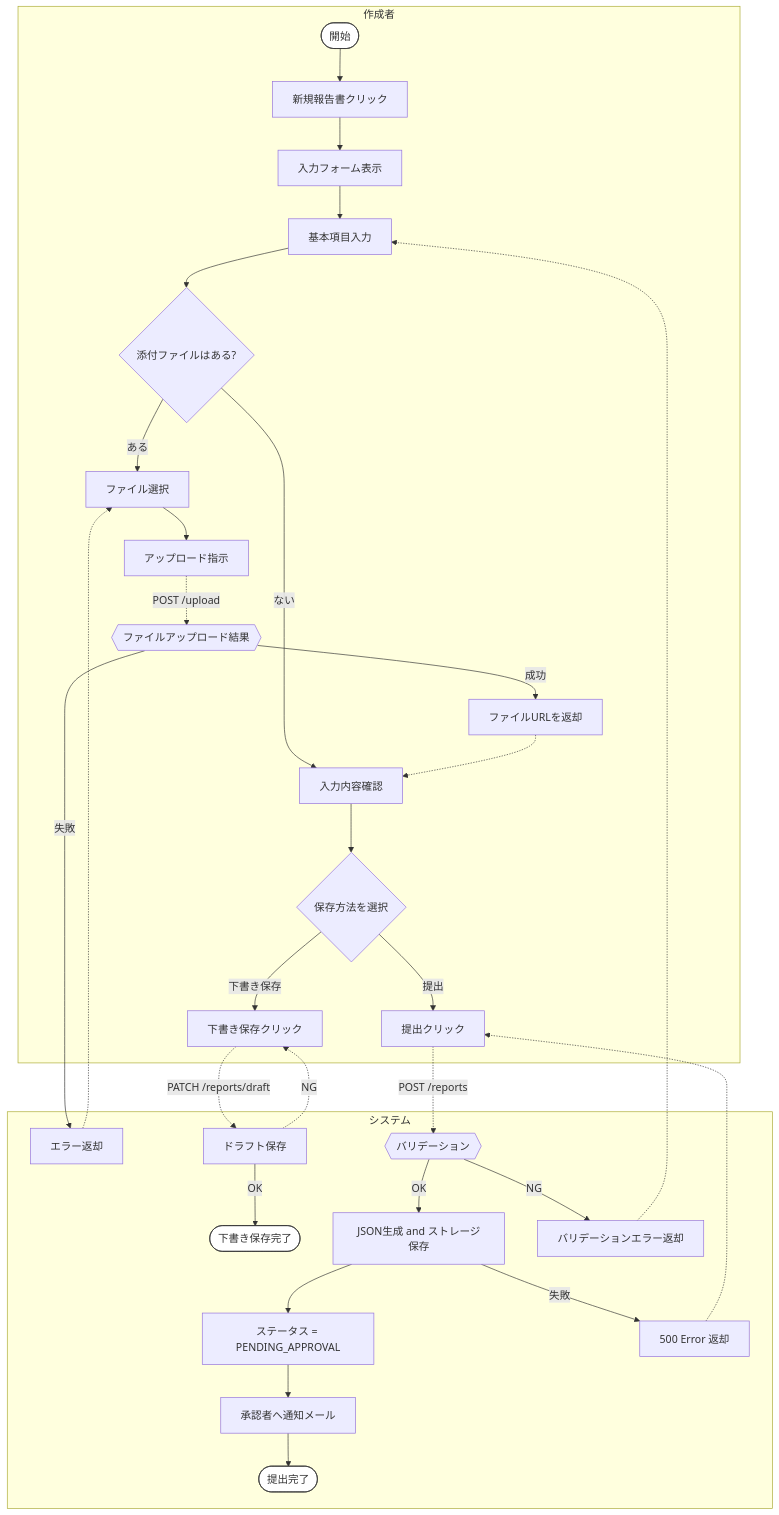
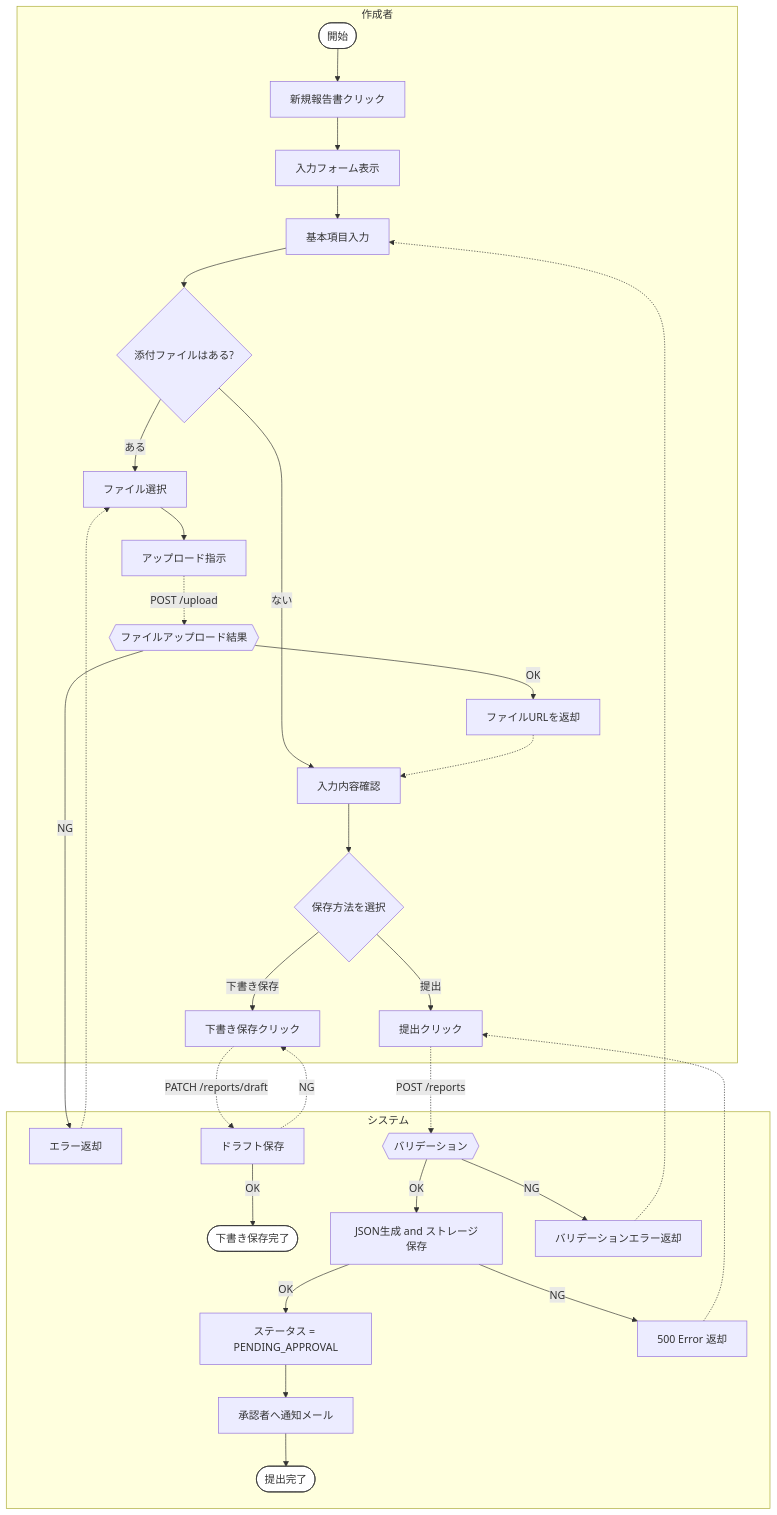
One commit to MineyamaHiyori/detailed_architect changed the diagram in act.md. Above: the diagram before and after it, drawn with Mermaid.

Commit message:
Update act.md
成功と失敗をOKNGに変更

````diff
--- a/act.md
+++ b/act.md
@@ -1,37 +1,37 @@
 ```mermaid
 flowchart TD
   subgraph 作成者
     A0([開始]) --> A1["新規報告書クリック"]
     A1 --> A2["入力フォーム表示"]
     A2 --> A3["基本項目入力"]
     A3 --> A4{"添付ファイルはある?"}
     A4 -- ある --> A5["ファイル選択"]
     A5 --> A6["アップロード指示"]
     A4 -- ない --> A7["入力内容確認"]
     A6 -.->|POST /upload| S1
     S2 -.-> A7
     A7 --> A8{"保存方法を選択"}
     A8 -- 下書き保存 --> A9["下書き保存クリック"]
     A8 -- 提出 --> A10["提出クリック"]
   end
 
   subgraph システム
     S1{{ファイルアップロード結果}}
-    S1 -- 成功 --> S2["ファイルURLを返却"]
-    S1 -- 失敗 --> S3["エラー返却"] -.-> A5
+    S1 -- OK --> S2["ファイルURLを返却"]
+    S1 -- NG --> S3["エラー返却"] -.-> A5
     A9 -.-> |PATCH /reports/draft| S4["ドラフト保存"]
     S4 -- OK --> S5([下書き保存完了])
     A10 -.-> |POST /reports| S6{{バリデーション}}
     S6 -- OK --> S7["JSON生成 and ストレージ保存"]
-    S7 --> S8["ステータス = PENDING_APPROVAL"]
+    S7 -- OK --> S8["ステータス = PENDING_APPROVAL"]
     S8 --> S9["承認者へ通知メール"]
     S9 --> S10([提出完了])
     S6 -- NG  --> S11["バリデーションエラー返却"] -.-> A3
-    S7 -- 失敗 --> S12["500 Error 返却"] -.-> A10
+    S7 -- NG --> S12["500 Error 返却"] -.-> A10
     S4 -.->|NG| A9
   end
 
   %% --- スタイル定義 ---------------------------
   classDef term fill:#fff,stroke:#333;
   class A0,S5,S10 term;
 ```
````
